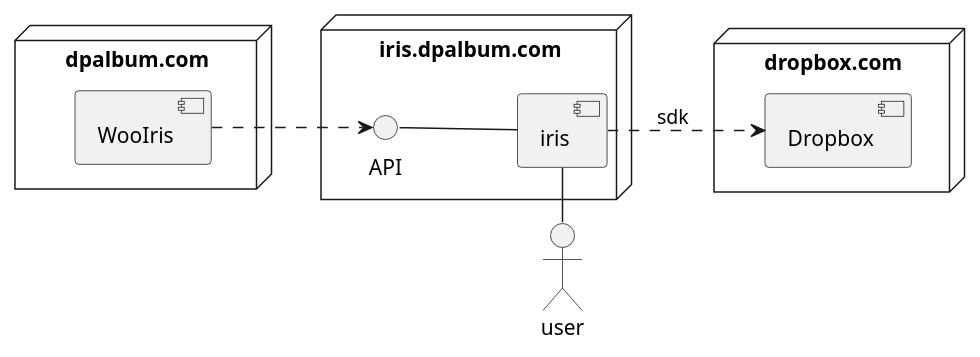
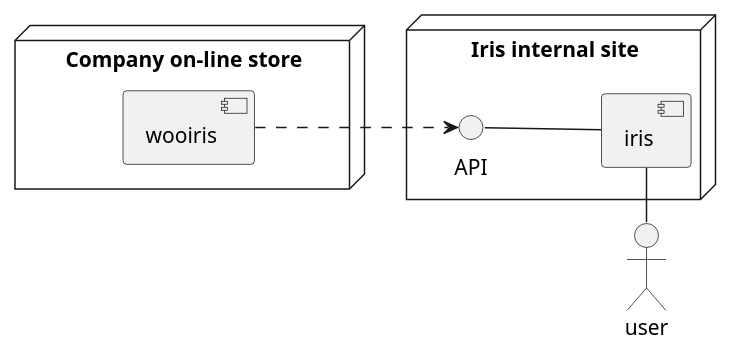
Before and after one commit to iriswm/iris: the diagram in docs/components.plantuml, drawn with PlantUML. The commit also changed 1 other file, not shown here.

Commit message:
Remove branding specific to dpalbum.com and update docs names

```diff
--- a/docs/components.plantuml
+++ b/docs/components.plantuml
@@ -1,24 +1,18 @@
 @startuml
 left to right direction
 
-node "iris.dpalbum.com" {
+node "Iris internal site" {
   () "API" as API_IRIS
   API_IRIS -- [iris]
 }
 
-node "dpalbum.com" {
-  [WooIris]
+node "Company on-line store" {
+  [wooiris]
 }
 
-[WooIris] ..> API_IRIS
-
-node "dropbox.com" {
-  [Dropbox]
-}
-
-[iris] ..> [Dropbox] : sdk
+[wooiris] ..> API_IRIS
 
 "user"
 user - [iris]
 
 @enduml
```
